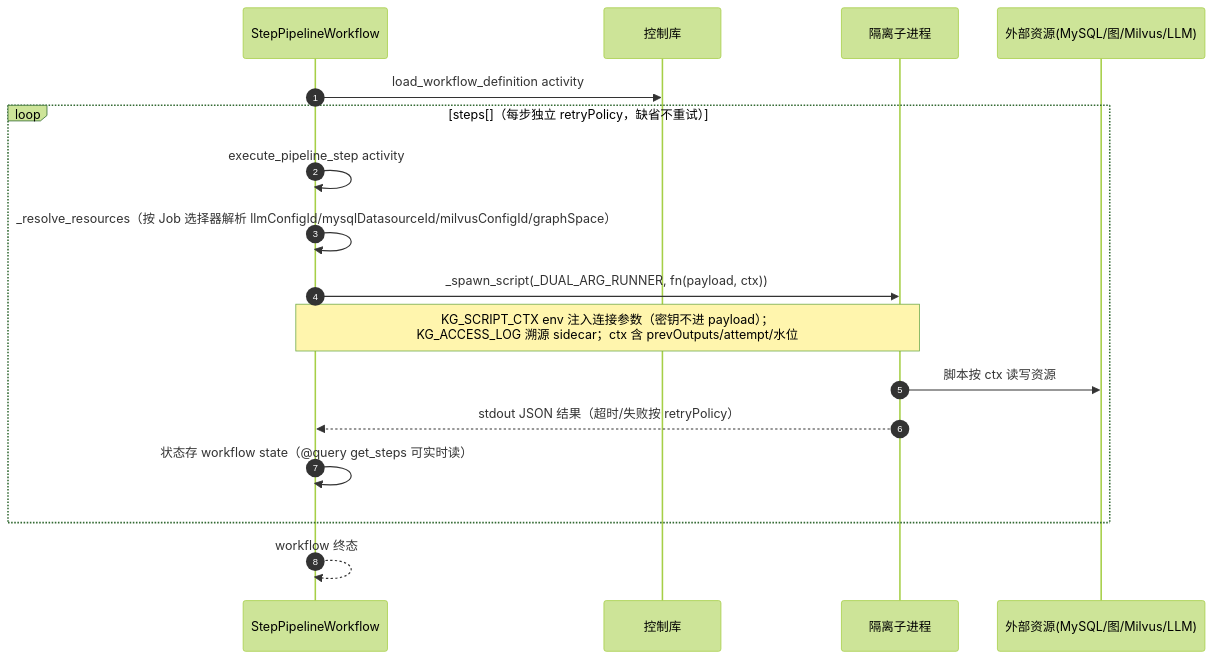
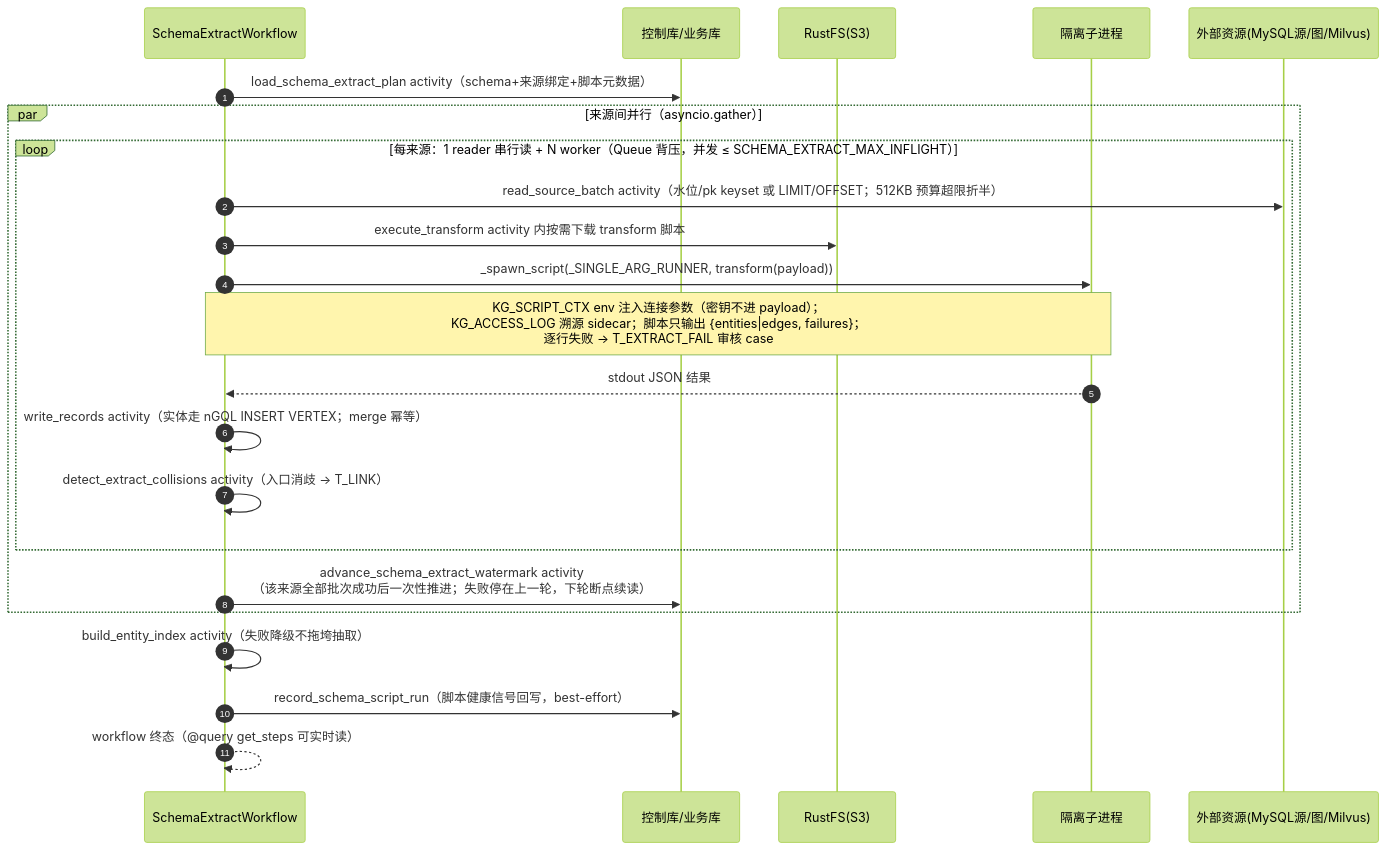
One commit to Marisolebxf/tech-kg-api changed the second of 4 diagrams in docs/工作流系统模块.md. Above: the diagram before and after it, drawn with Mermaid (forest theme). The commit also changed other lines of this file and 12 other files, not shown here.

````diff
--- a/docs/工作流系统模块.md
+++ b/docs/工作流系统模块.md
@@ -178,20 +176,26 @@
 ```mermaid
 sequenceDiagram
     autonumber
-    participant WK as StepPipelineWorkflow
-    participant DB as 控制库
+    participant WK as SchemaExtractWorkflow
+    participant DB as 控制库/业务库
+    participant S3 as RustFS(S3)
     participant SUB as 隔离子进程
-    participant RES as 外部资源(MySQL/图/Milvus/LLM)
+    participant RES as 外部资源(MySQL源/图/Milvus)
 
-    WK->>DB: load_workflow_definition activity
-    loop steps[]（每步独立 retryPolicy，缺省不重试）
-        WK->>WK: execute_pipeline_step activity
-        WK->>WK: _resolve_resources（按 Job 选择器解析 llmConfigId/mysqlDatasourceId/milvusConfigId/graphSpace）
-        WK->>SUB: _spawn_script(_DUAL_ARG_RUNNER, fn(payload, ctx))
-        note over WK,SUB: KG_SCRIPT_CTX env 注入连接参数（密钥不进 payload）；<br/>KG_ACCESS_LOG 溯源 sidecar；ctx 含 prevOutputs/attempt/水位
-        SUB->>RES: 脚本按 ctx 读写资源
-        SUB-->>WK: stdout JSON 结果（超时/失败按 retryPolicy）
-        WK->>WK: 状态存 workflow state（@query get_steps 可实时读）
+    WK->>DB: load_schema_extract_plan activity（schema+来源绑定+脚本元数据）
+    par 来源间并行（asyncio.gather）
+        loop 每来源：1 reader 串行读 + N worker（Queue 背压，并发 ≤ SCHEMA_EXTRACT_MAX_INFLIGHT）
+            WK->>RES: read_source_batch activity（水位/pk keyset 或 LIMIT/OFFSET；512KB 预算超限折半）
+            WK->>S3: execute_transform activity 内按需下载 transform 脚本
+            WK->>SUB: _spawn_script(_SINGLE_ARG_RUNNER, transform(payload))
+            note over WK,SUB: KG_SCRIPT_CTX env 注入连接参数（密钥不进 payload）；<br/>KG_ACCESS_LOG 溯源 sidecar；脚本只输出 {entities|edges, failures}；<br/>逐行失败 → T_EXTRACT_FAIL 审核 case
+            SUB-->>WK: stdout JSON 结果
+            WK->>WK: write_records activity（实体走 nGQL INSERT VERTEX；merge 幂等）
+            WK->>WK: detect_extract_collisions activity（入口消歧 → T_LINK）
+        end
+        WK->>DB: advance_schema_extract_watermark activity<br/>（该来源全部批次成功后一次性推进；失败停在上一轮，下轮断点续读）
     end
-    WK-->>WK: workflow 终态
+    WK->>WK: build_entity_index activity（失败降级不拖垮抽取）
+    WK->>DB: record_schema_script_run（脚本健康信号回写，best-effort）
+    WK-->>WK: workflow 终态（@query get_steps 可实时读）
 ```
````
